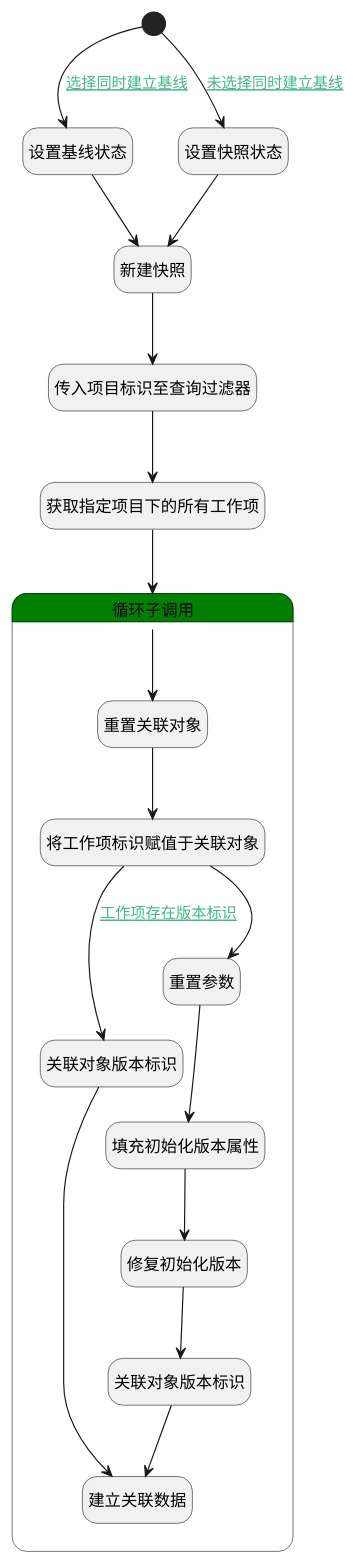
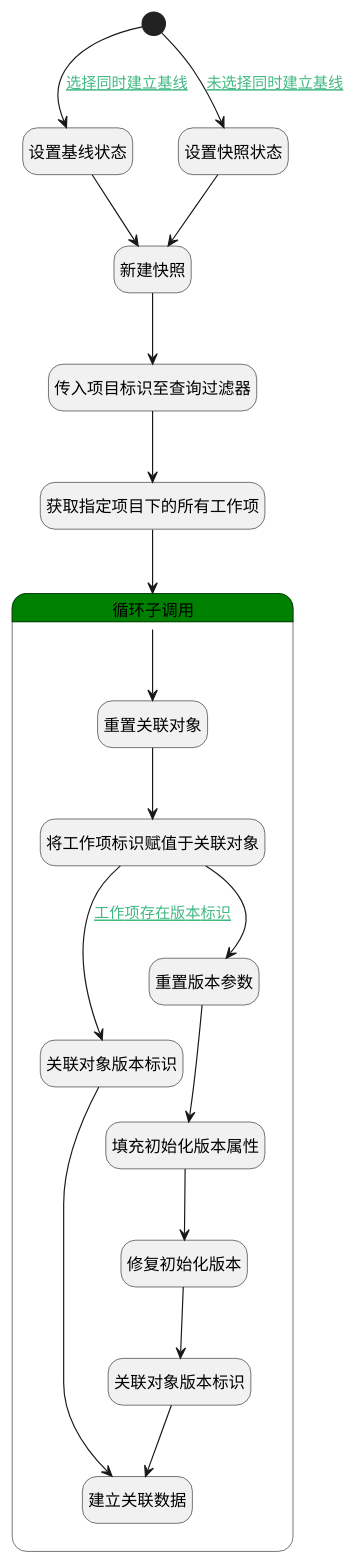
One commit to iBizLab/plm changed the diagram in doc/docsify/module/ProjMgmt/work_item/logic/create_plan_snapshot.md. Above: the diagram before and after it, drawn with PlantUML. The commit also changed other lines of this file and 1778 other files, not shown here.

````diff
--- a/doc/docsify/module/ProjMgmt/work_item/logic/create_plan_snapshot.md
+++ b/doc/docsify/module/ProjMgmt/work_item/logic/create_plan_snapshot.md
@@ -7,48 +7,48 @@
 ```plantuml
 @startuml
 hide empty description
 <style>
 root {
   HyperlinkColor #42b983
 }
 </style>
 
 hide empty description
 state "开始" as Begin <<start>> [[$./create_plan_snapshot#begin {"开始"}]]
 state "设置基线状态" as PREPAREPARAM7  [[$./create_plan_snapshot#prepareparam7 {"设置基线状态"}]]
+state "设置快照状态" as PREPAREPARAM6  [[$./create_plan_snapshot#prepareparam6 {"设置快照状态"}]]
 state "新建快照" as DEACTION3  [[$./create_plan_snapshot#deaction3 {"新建快照"}]]
 state "传入项目标识至查询过滤器" as PREPAREPARAM1  [[$./create_plan_snapshot#prepareparam1 {"传入项目标识至查询过滤器"}]]
-state "设置快照状态" as PREPAREPARAM6  [[$./create_plan_snapshot#prepareparam6 {"设置快照状态"}]]
 state "获取指定项目下的所有工作项" as DEDATASET1  [[$./create_plan_snapshot#dedataset1 {"获取指定项目下的所有工作项"}]]
 state "循环子调用" as LOOPSUBCALL1  [[$./create_plan_snapshot#loopsubcall1 {"循环子调用"}]] #green {
 state "重置关联对象" as RESETPARAM2  [[$./create_plan_snapshot#resetparam2 {"重置关联对象"}]]
 state "将工作项标识赋值于关联对象" as PREPAREPARAM2  [[$./create_plan_snapshot#prepareparam2 {"将工作项标识赋值于关联对象"}]]
 state "关联对象版本标识" as PREPAREPARAM3  [[$./create_plan_snapshot#prepareparam3 {"关联对象版本标识"}]]
-state "重置参数" as RESETPARAM1  [[$./create_plan_snapshot#resetparam1 {"重置参数"}]]
+state "重置版本参数" as RESETPARAM1  [[$./create_plan_snapshot#resetparam1 {"重置版本参数"}]]
 state "填充初始化版本属性" as PREPAREPARAM4  [[$./create_plan_snapshot#prepareparam4 {"填充初始化版本属性"}]]
 state "修复初始化版本" as DEACTION1  [[$./create_plan_snapshot#deaction1 {"修复初始化版本"}]]
 state "关联对象版本标识" as PREPAREPARAM5  [[$./create_plan_snapshot#prepareparam5 {"关联对象版本标识"}]]
 state "建立关联数据" as DEACTION2  [[$./create_plan_snapshot#deaction2 {"建立关联数据"}]]
 }
 
 
 Begin --> PREPAREPARAM7 : [[$./create_plan_snapshot#begin-prepareparam7{选择同时建立基线} 选择同时建立基线]]
 PREPAREPARAM7 --> DEACTION3
 DEACTION3 --> PREPAREPARAM1
 PREPAREPARAM1 --> DEDATASET1
 DEDATASET1 --> LOOPSUBCALL1
 LOOPSUBCALL1 --> RESETPARAM2
 RESETPARAM2 --> PREPAREPARAM2
 PREPAREPARAM2 --> PREPAREPARAM3 : [[$./create_plan_snapshot#prepareparam2-prepareparam3{工作项存在版本标识} 工作项存在版本标识]]
 PREPAREPARAM3 --> DEACTION2
 PREPAREPARAM2 --> RESETPARAM1
 RESETPARAM1 --> PREPAREPARAM4
 PREPAREPARAM4 --> DEACTION1
 DEACTION1 --> PREPAREPARAM5
 PREPAREPARAM5 --> DEACTION2
 Begin --> PREPAREPARAM6 : [[$./create_plan_snapshot#begin-prepareparam6{未选择同时建立基线} 未选择同时建立基线]]
 PREPAREPARAM6 --> DEACTION3
 
 
 @enduml
 ```
````
